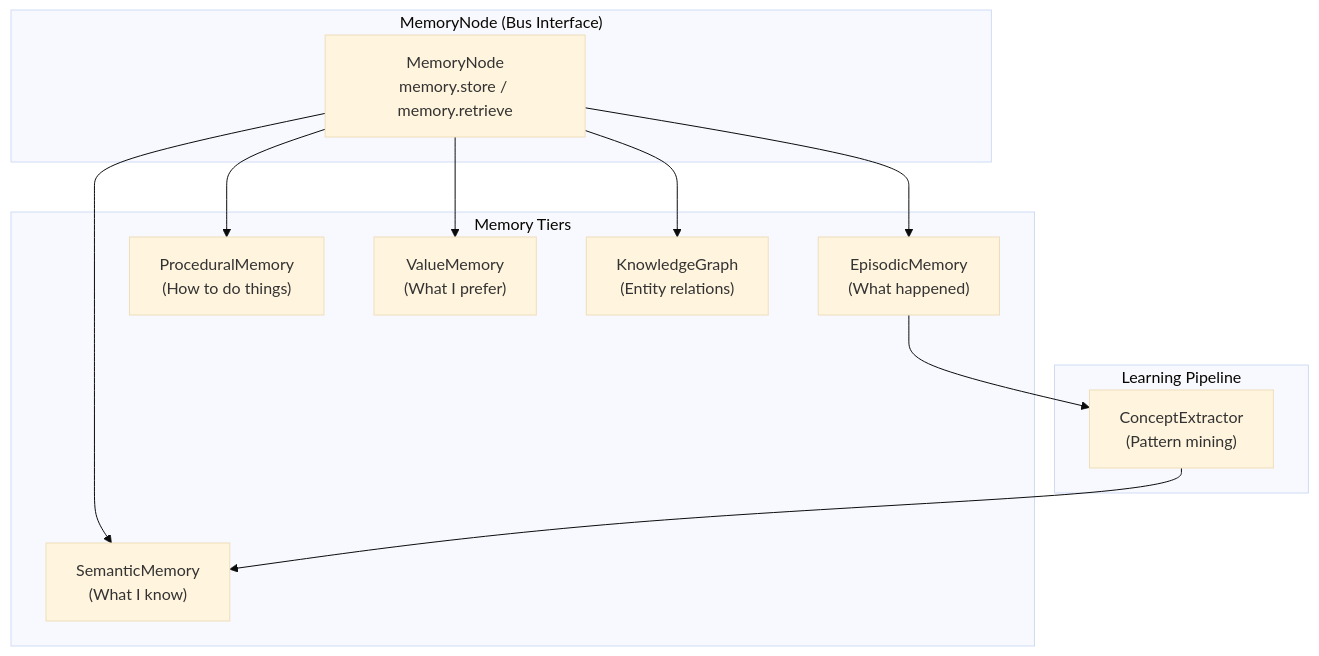
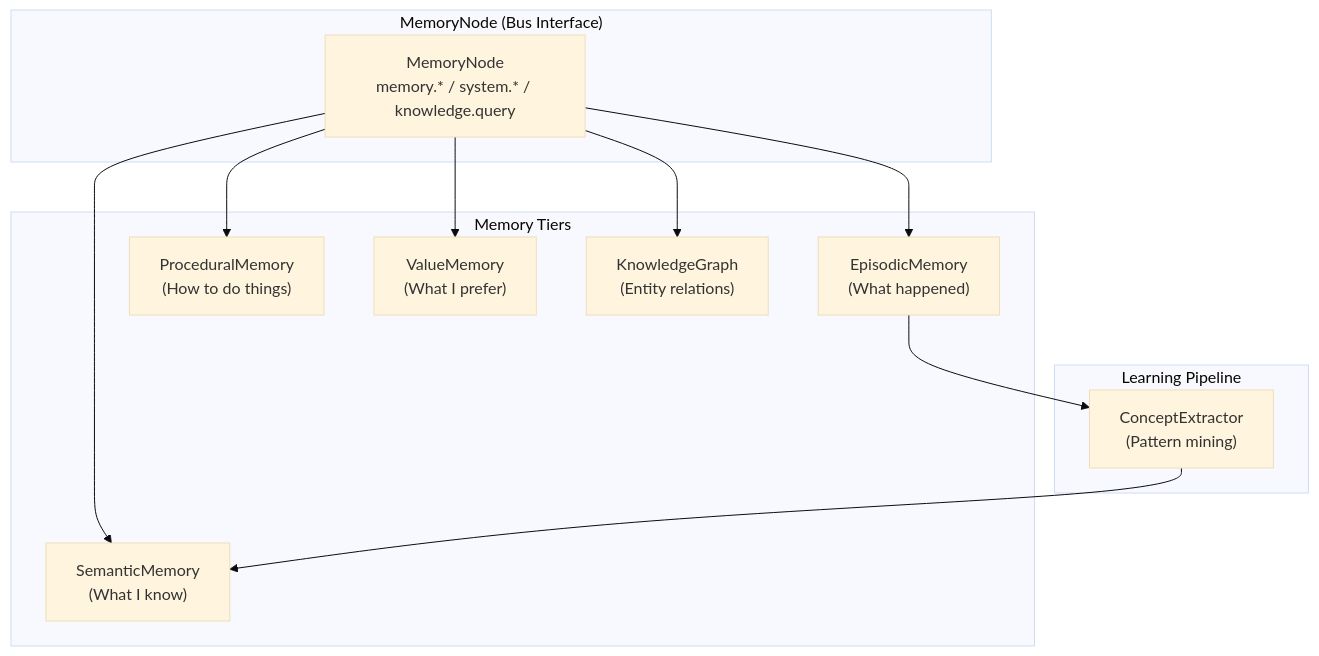
The first of 2 diagrams in docs/api/memory.md (HBLLM/hbllm-core), drawn with Mermaid (base theme) before and after one commit. The commit also changed other lines of this file and 2 other files, not shown here.

Commit message:
docs/architecture: update core architecture layered and sequence diagrams for federation layer

````diff
--- a/docs/api/memory.md
+++ b/docs/api/memory.md
@@ -11,23 +11,23 @@
 ```mermaid
 graph TB
     subgraph "MemoryNode (Bus Interface)"
-        MN["MemoryNode<br/>memory.store / memory.retrieve"]
+        MN["MemoryNode<br/>memory.* / system.* / knowledge.query"]
     end
     subgraph "Memory Tiers"
         EM["EpisodicMemory<br/>(What happened)"]
         SM["SemanticMemory<br/>(What I know)"]
         PM["ProceduralMemory<br/>(How to do things)"]
         VM["ValueMemory<br/>(What I prefer)"]
         KG["KnowledgeGraph<br/>(Entity relations)"]
     end
     subgraph "Learning Pipeline"
         CE["ConceptExtractor<br/>(Pattern mining)"]
     end
     MN --> EM
     MN --> SM
     MN --> PM
     MN --> VM
     MN --> KG
     EM --> CE
     CE --> SM
 ```
````
